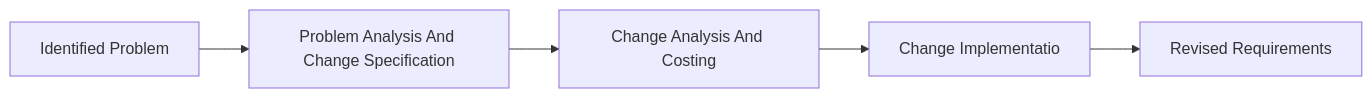
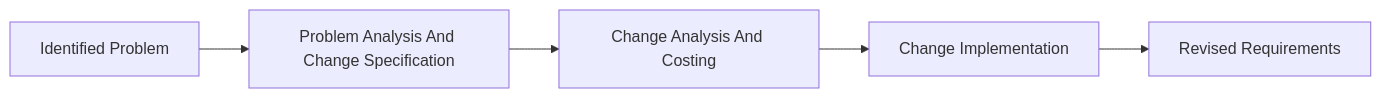
The diagram in src/sof/requirement_engineering/requirement_management.md (Fovir-GitHub/knowledge-base), drawn with Mermaid before and after one commit.

Commit message:
fix: Fix a spelling error.

````diff
--- a/src/sof/requirement_engineering/requirement_management.md
+++ b/src/sof/requirement_engineering/requirement_management.md
@@ -30,4 +30,4 @@
 ```mermaid
 graph LR
-  ip[Identified Problem]-->paacs[Problem Analysis And Change Specification]-->caac[Change Analysis And Costing]-->ci[Change Implementatio]-->rr[Revised Requirements]
+  ip[Identified Problem]-->paacs[Problem Analysis And Change Specification]-->caac[Change Analysis And Costing]-->ci[Change Implementation]-->rr[Revised Requirements]
 ```
````
